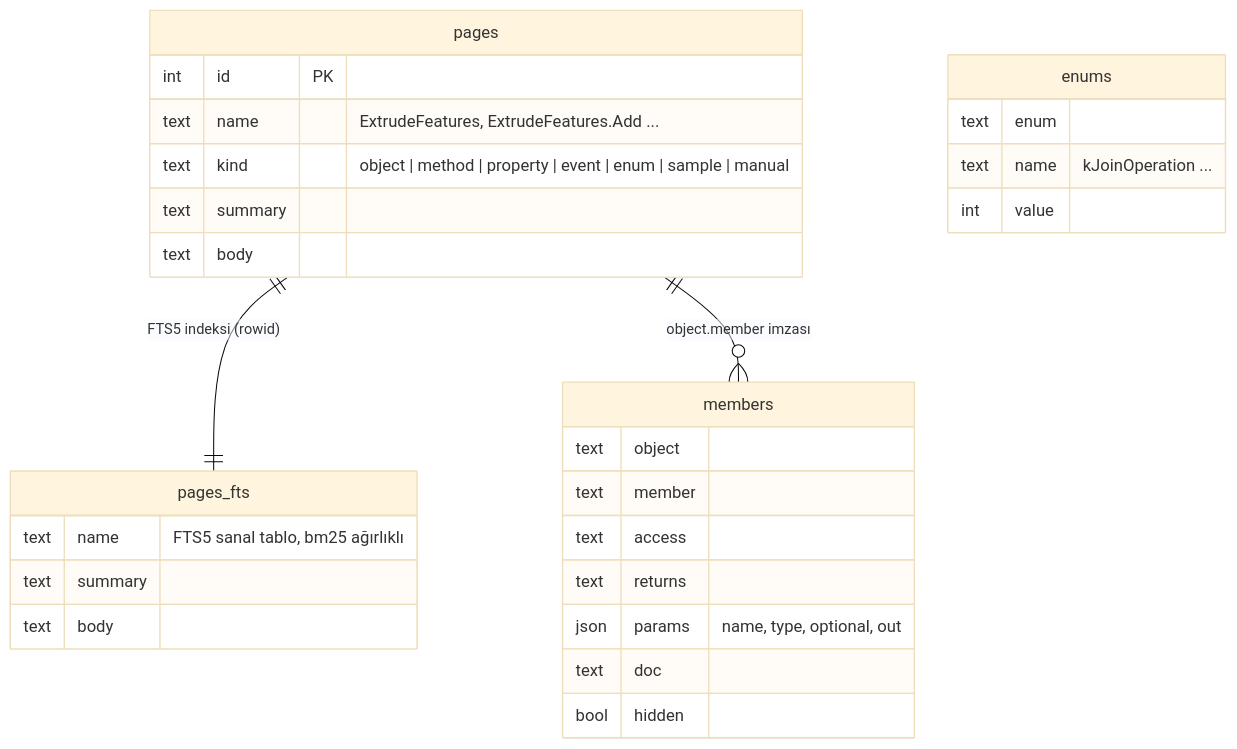
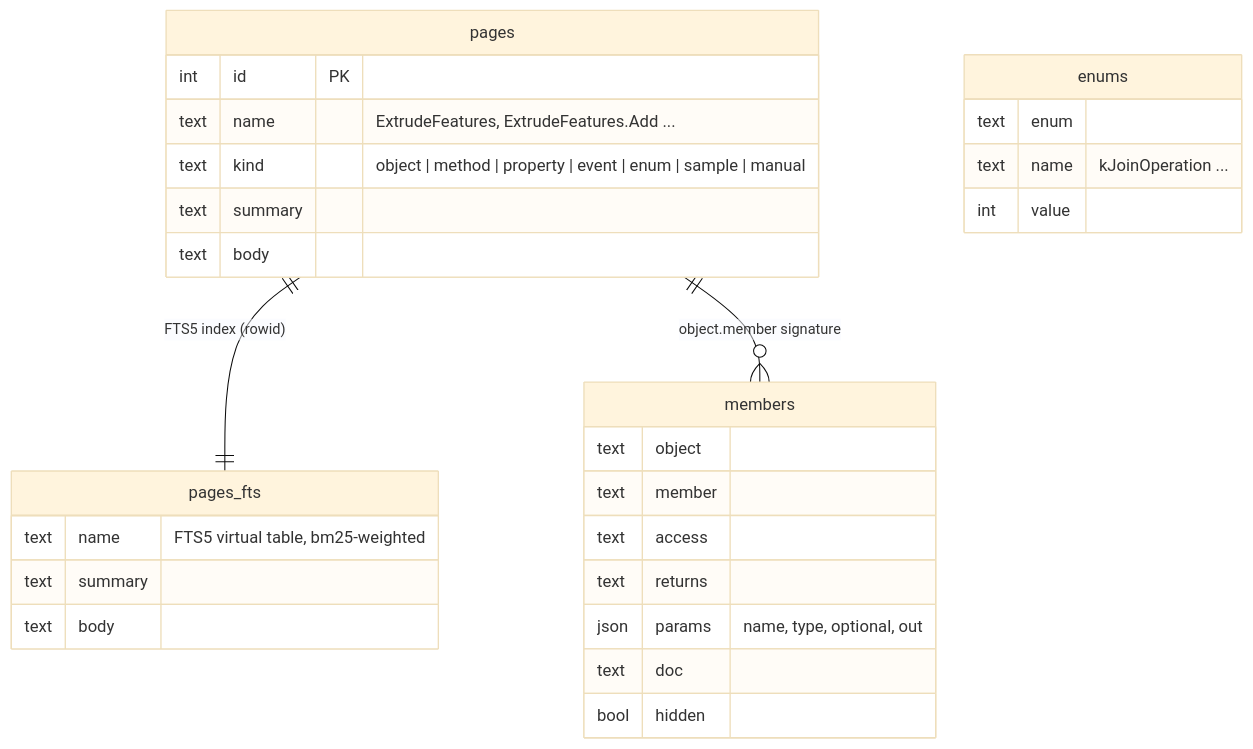
One commit to ZBGoztas/InventorLLM changed the sixth of 6 diagrams in README.md. Above: the diagram before and after it, drawn with Mermaid (base theme). The commit also changed other lines of this file, not shown here.

````diff
--- a/README.md
+++ b/README.md
@@ -304,31 +302,31 @@
 ```mermaid
 erDiagram
     pages {
         int id PK
         text name "ExtrudeFeatures, ExtrudeFeatures.Add ..."
         text kind "object | method | property | event | enum | sample | manual"
         text summary
         text body
     }
     pages_fts {
-        text name "FTS5 sanal tablo, bm25 ağırlıklı"
+        text name "FTS5 virtual table, bm25-weighted"
         text summary
         text body
     }
     members {
         text object
         text member
         text access
         text returns
         json params "name, type, optional, out"
         text doc
         bool hidden
     }
     enums {
         text enum
         text name "kJoinOperation ..."
         int value
     }
-    pages ||--|| pages_fts : "FTS5 indeksi (rowid)"
-    pages ||--o{ members : "object.member imzası"
+    pages ||--|| pages_fts : "FTS5 index (rowid)"
+    pages ||--o{ members : "object.member signature"
 ```
````
